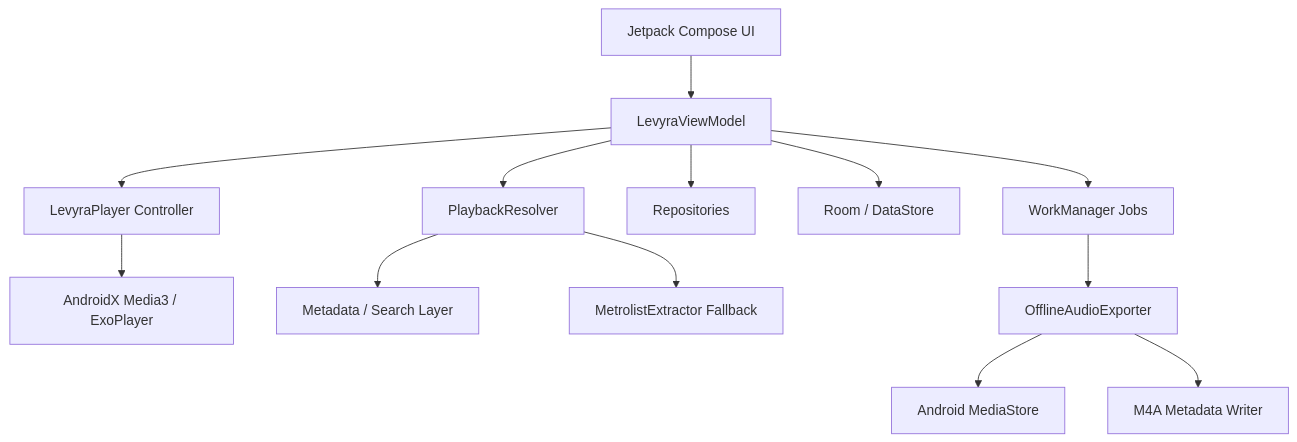
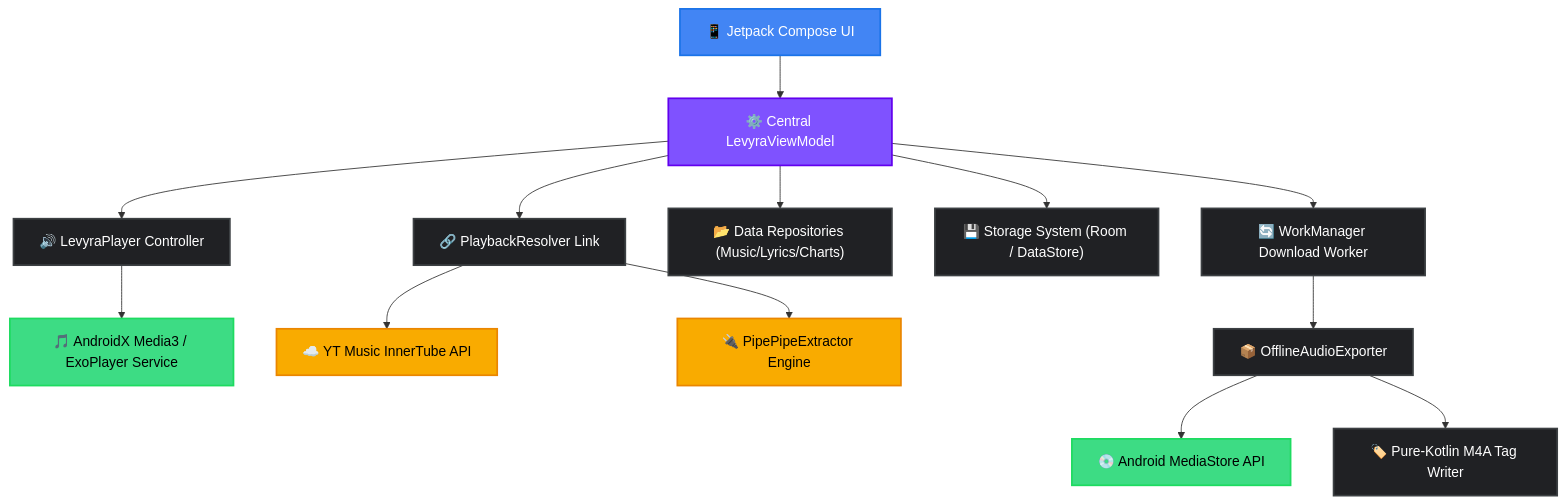
The diagram in README.md (LUC4N3X/Levyra-deepsound), drawn with Mermaid before and after one commit. The commit also changed other lines of this file, not shown here.

````diff
--- a/README.md
+++ b/README.md
@@ -129,15 +130,26 @@
 ```mermaid
 graph TD
-    UI["Jetpack Compose UI"] --> VM["LevyraViewModel"]
-    VM --> Player["LevyraPlayer Controller"]
-    VM --> Resolver["PlaybackResolver"]
-    VM --> Repos["Repositories"]
-    VM --> Store["Room / DataStore"]
-    VM --> Work["WorkManager Jobs"]
-    Player --> Media3["AndroidX Media3 / ExoPlayer"]
-    Resolver --> Metadata["Metadata / Search Layer"]
-    Resolver --> Extractor["MetrolistExtractor Fallback"]
-    Work --> Exporter["OfflineAudioExporter"]
-    Exporter --> MediaStore["Android MediaStore"]
-    Exporter --> Tagger["M4A Metadata Writer"]
+    %% Custom Styling Theme
+    classDef ui fill:#4285F4,stroke:#1A73E8,stroke-width:2px,color:#fff;
+    classDef vm fill:#7F52FF,stroke:#6200EE,stroke-width:2px,color:#fff;
+    classDef core fill:#202124,stroke:#3C4043,stroke-width:2px,color:#fff;
+    classDef engine fill:#3DDC84,stroke:#1DDB60,stroke-width:2px,color:#000;
+    classDef ext fill:#F9AB00,stroke:#EA8600,stroke-width:2px,color:#000;
+
+    UI["📱 Jetpack Compose UI"]:::ui --> VM["⚙️ Central LevyraViewModel"]:::vm
+    
+    VM --> Player["🔊 LevyraPlayer Controller"]:::core
+    VM --> Resolver["🔗 PlaybackResolver Link"]:::core
+    VM --> Repos["📂 Data Repositories (Music/Lyrics/Charts)"]:::core
+    VM --> Store["💾 Storage System (Room / DataStore)"]:::core
+    VM --> Work["🔄 WorkManager Download Worker"]:::core
+    
+    Player --> Media3["🎵 AndroidX Media3 / ExoPlayer Service"]:::engine
+    
+    Resolver --> InnerTube["☁️ YT Music InnerTube API"]:::ext
+    Resolver --> Extractor["🔌 PipePipeExtractor Engine"]:::ext
+    
+    Work --> Exporter["📦 OfflineAudioExporter"]:::core
+    Exporter --> MediaStore["💿 Android MediaStore API"]:::engine
+    Exporter --> Tagger["🏷️ Pure-Kotlin M4A Tag Writer"]:::core
 ```
````
